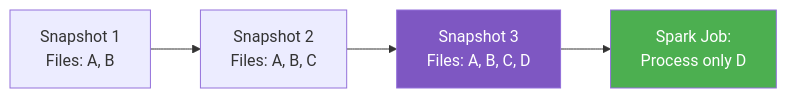
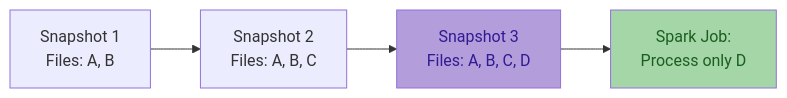
One commit to straightchlorine/quantum-pipeline changed the fifth of 5 diagrams in docs/architecture/index.md. Above: the diagram before and after it, drawn with Mermaid. The commit also changed other lines of this file and 4 other files, not shown here.

Commit message:
feat: gitignore and architecture docs

````diff
--- a/docs/architecture/index.md
+++ b/docs/architecture/index.md
@@ -302,10 +295,10 @@
 ```mermaid
 graph LR
     S1[Snapshot 1<br/>Files: A, B] --> S2[Snapshot 2<br/>Files: A, B, C]
     S2 --> S3[Snapshot 3<br/>Files: A, B, C, D]
 
     S3 --> P[Spark Job:<br/>Process only D]
 
-    style S3 fill:#7e57c2,color:#fff
-    style P fill:#4caf50,color:#fff
+    style S3 fill:#b39ddb,color:#311b92
+    style P fill:#a5d6a7,color:#1b5e20
 ```
````
